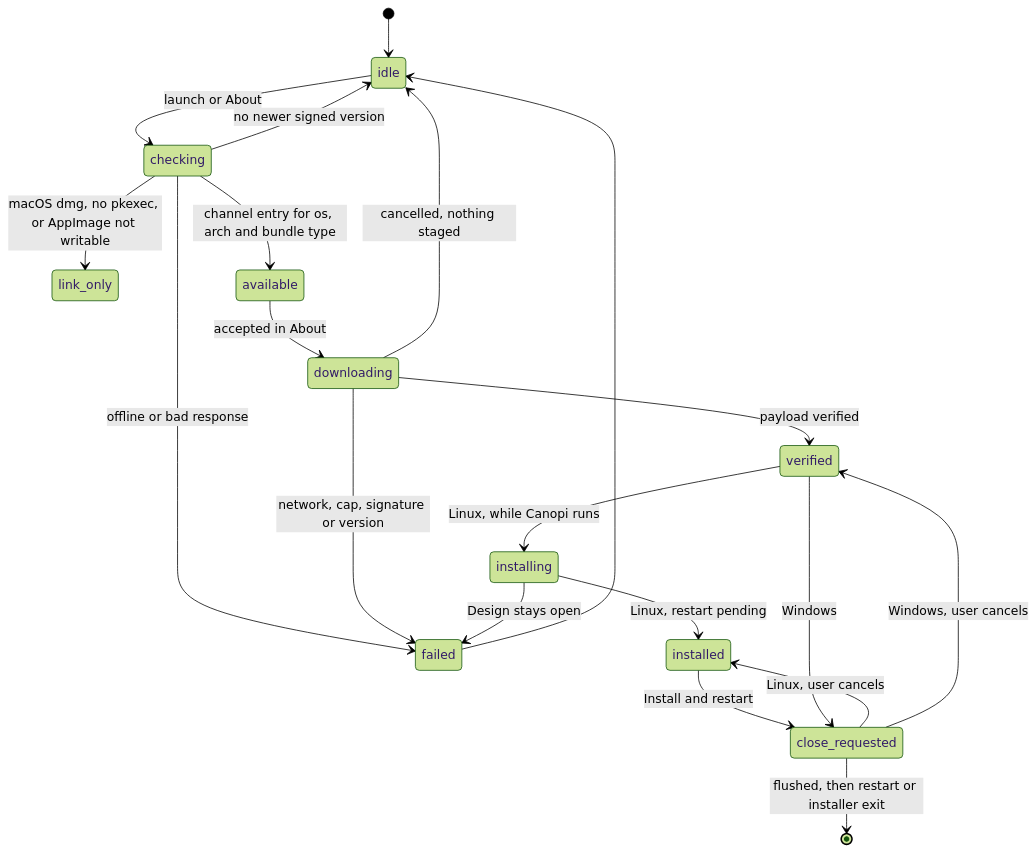
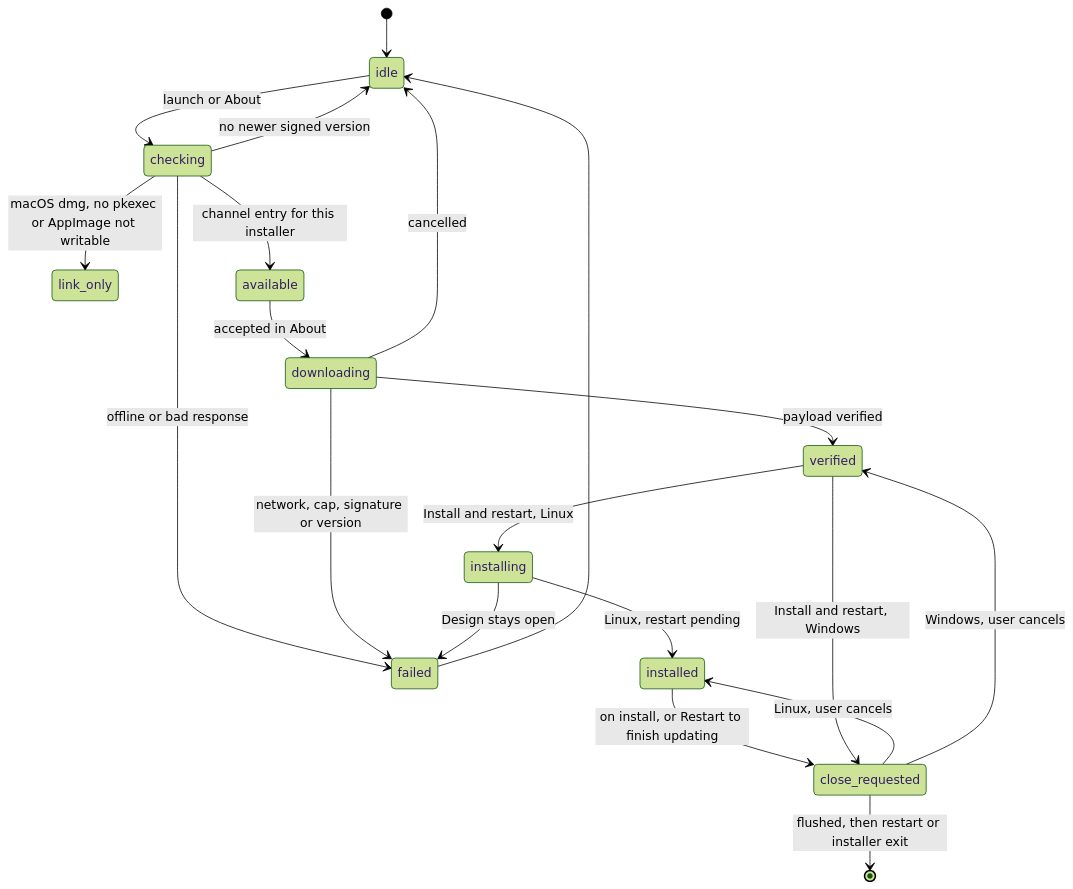
Before and after one commit to opencanopi/canopi: the seventh of 15 diagrams in docs/architecture/states.md, drawn with Mermaid (forest theme). The commit also changed other lines of this file and 5 other files, not shown here.

````diff
--- a/docs/architecture/states.md
+++ b/docs/architecture/states.md
@@ -162,22 +162,22 @@
 ```mermaid
 stateDiagram-v2
   [*] --> idle
   idle --> checking: launch or About
   checking --> idle: no newer signed version
   checking --> failed: offline or bad response
-  checking --> link_only: macOS dmg, no pkexec, or AppImage not writable
-  checking --> available: channel entry for os, arch and bundle type
+  checking --> link_only: macOS dmg, no pkexec or AppImage not writable
+  checking --> available: channel entry for this installer
   available --> downloading: accepted in About
-  downloading --> idle: cancelled, nothing staged
+  downloading --> idle: cancelled
   downloading --> failed: network, cap, signature or version
   failed --> idle
   downloading --> verified: payload verified
-  verified --> installing: Linux, while Canopi runs
+  verified --> installing: Install and restart, Linux
   installing --> installed: Linux, restart pending
   installing --> failed: Design stays open
-  installed --> close_requested: Install and restart
+  installed --> close_requested: on install, or Restart to finish updating
   close_requested --> installed: Linux, user cancels
-  verified --> close_requested: Windows
+  verified --> close_requested: Install and restart, Windows
   close_requested --> verified: Windows, user cancels
   close_requested --> [*]: flushed, then restart or installer exit
 ```
````
